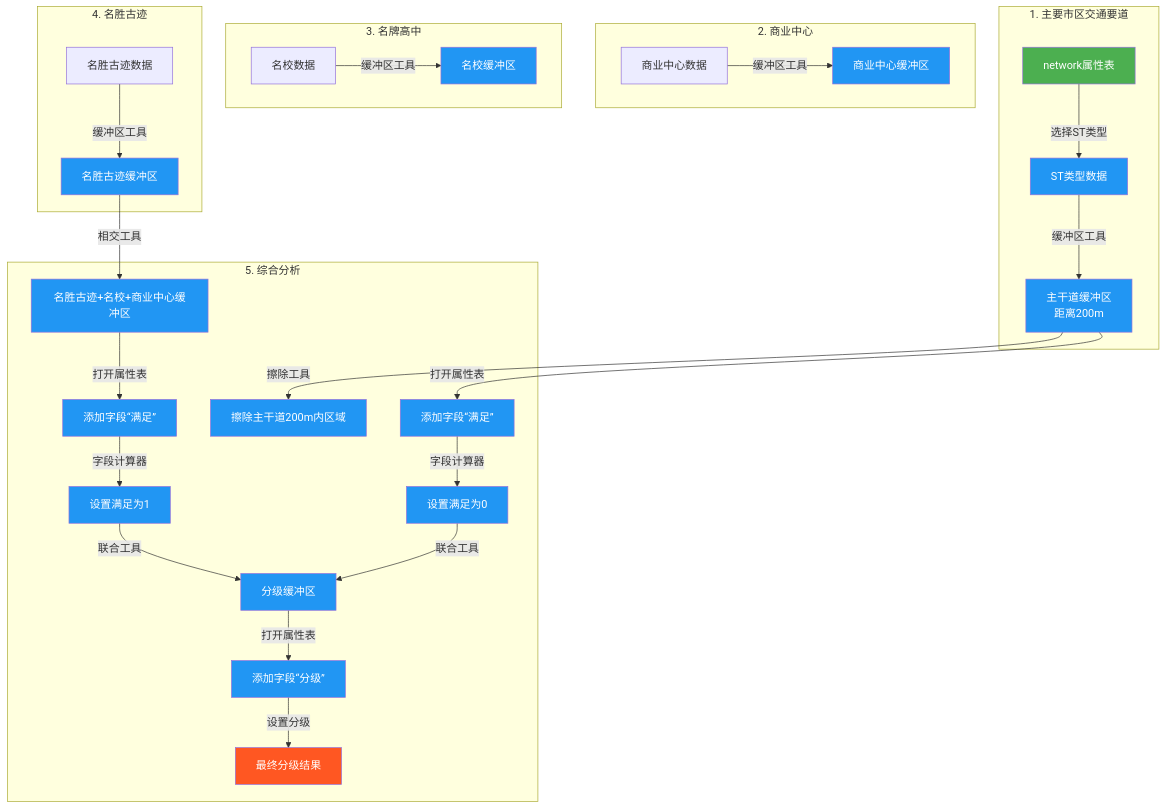
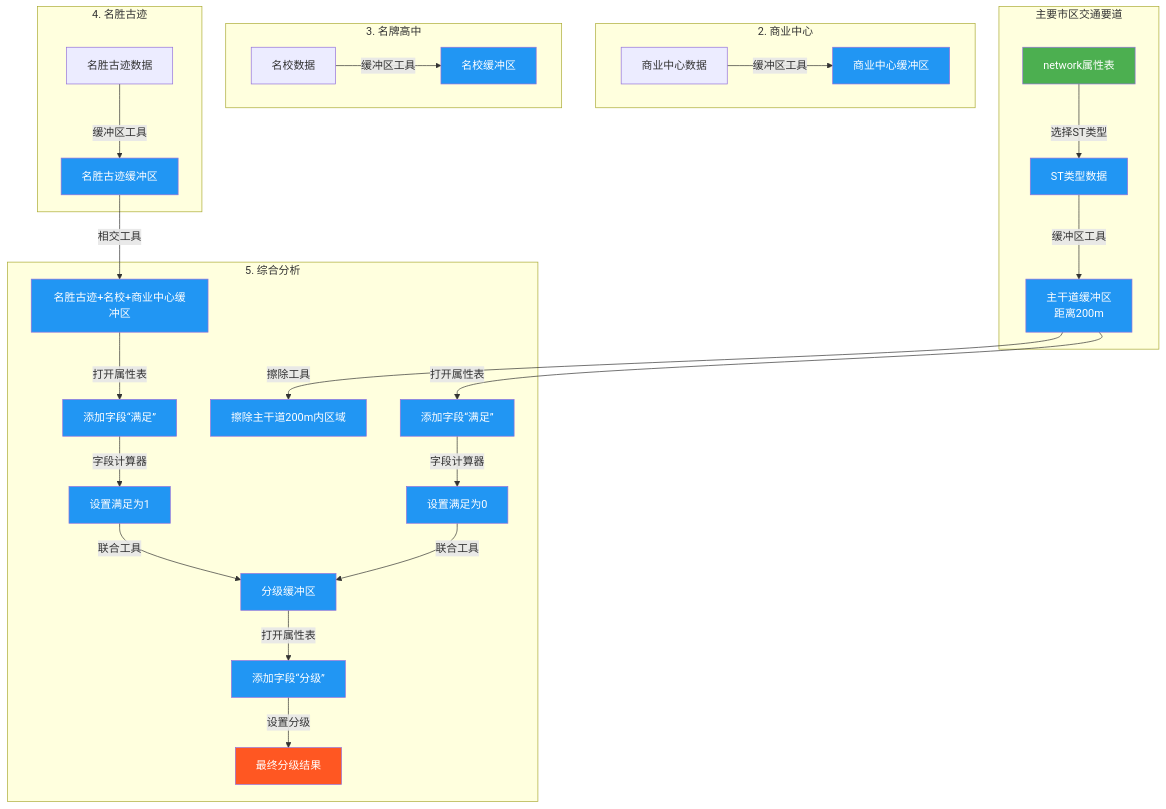
One commit to newguser/iodraw-files changed the diagram in all/未命名.md. Above: the diagram before and after it, drawn with Mermaid.

Commit message:
2025-02-27 20:08:54 update

````diff
--- a/all/未命名.md
+++ b/all/未命名.md
@@ -1,37 +1,37 @@
 ```mermaid
 graph TD
-    subgraph 1. 主要市区交通要道
+    subgraph 主要市区交通要道
         A1[network属性表] -->|选择ST类型| A2[ST类型数据]
         A2 -->|缓冲区工具| A3[主干道缓冲区<br>距离200m]
     end
 
     subgraph 2. 商业中心
         B1[商业中心数据] -->|缓冲区工具| B2[商业中心缓冲区]
     end
 
     subgraph 3. 名牌高中
         C1[名校数据] -->|缓冲区工具| C2[名校缓冲区]
     end
 
     subgraph 4. 名胜古迹
         D1[名胜古迹数据] -->|缓冲区工具| D2[名胜古迹缓冲区]
     end
 
     subgraph 5. 综合分析
         D2 -->|相交工具| E1[名胜古迹+名校+商业中心缓冲区]
         A3 -->|擦除工具| E2[擦除主干道200m内区域]
         E1 -->|打开属性表| E3[添加字段“满足”]
         E3 -->|字段计算器| E4[设置满足为1]
         A3 -->|打开属性表| E5[添加字段“满足”]
         E5 -->|字段计算器| E6[设置满足为0]
         E4 -->|联合工具| E7[分级缓冲区]
         E6 -->|联合工具| E7
         E7 -->|打开属性表| E8[添加字段“分级”]
         E8 -->|设置分级| E9[最终分级结果]
     end
 
     style A1 fill:#4CAF50,color:white
     style E9 fill:#FF5722,color:white
     classDef process fill:#2196F3,color:white;
     class A2,A3,B2,C2,D2,E1,E2,E3,E4,E5,E6,E7,E8 process
 ```
````
